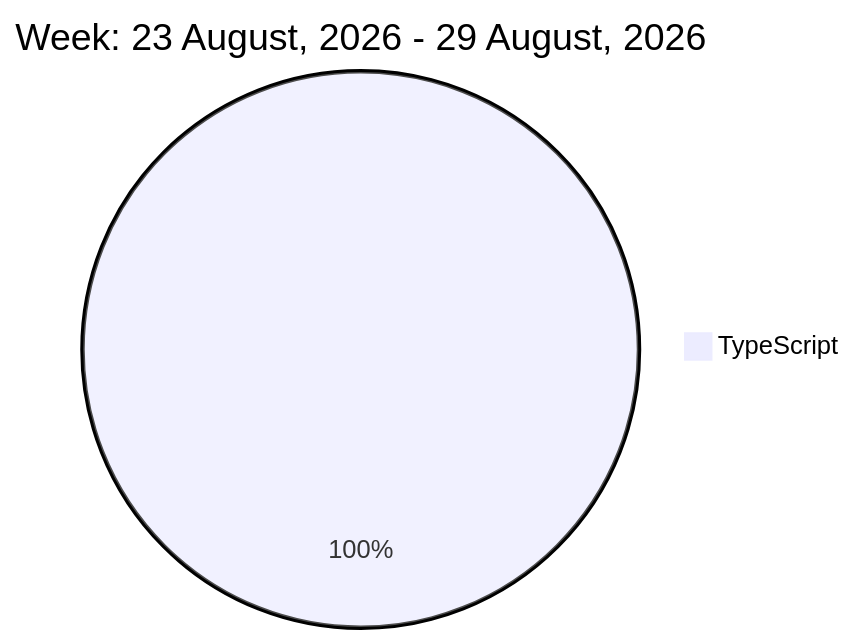
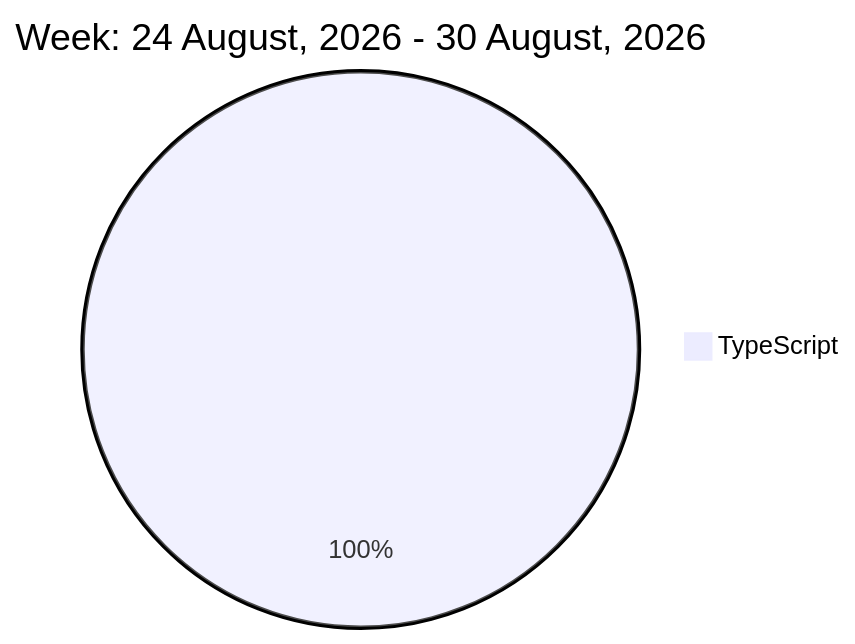
One commit to liubin95/liubin95 changed the diagram in README.md. Above: the diagram before and after it, drawn with Mermaid.

Commit message:
Updated the Graph with new Metrics

````diff
--- a/README.md
+++ b/README.md
@@ -32,5 +32,5 @@
 ```mermaid
  pie
-title Week: 23 August, 2026 - 29 August, 2026
+title Week: 24 August, 2026 - 30 August, 2026
  "TypeScript" : 2.8
 ```
````
